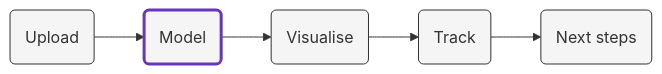
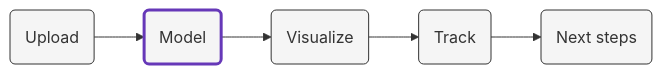
Before and after one commit to snowplow/advanced-analytics-mobile-accelerator: the diagram in content/modeling/_index.md, drawn with Mermaid. The commit also changed 10 other files, not shown here.

```diff
--- a/content/modeling/_index.md
+++ b/content/modeling/_index.md
@@ -11,9 +11,9 @@
 {{<mermaid>}}
 flowchart LR
-    id1(Upload)-->id2(Model)-->id3(Visualise)-->id4(Track)-->id5(Next steps)
+    id1(Upload)-->id2(Model)-->id3(Visualize)-->id4(Track)-->id5(Next steps)
     style id2 fill:#f5f5f5,stroke:#6638B8,stroke-width:3px
     style id1 fill:#f5f5f5,stroke:#333,stroke-width:1px
     style id4 fill:#f5f5f5,stroke:#333,stroke-width:1px
     style id5 fill:#f5f5f5,stroke:#333,stroke-width:1px
     style id3 fill:#f5f5f5,stroke:#333,stroke-width:1px
 {{</mermaid >}}
```
